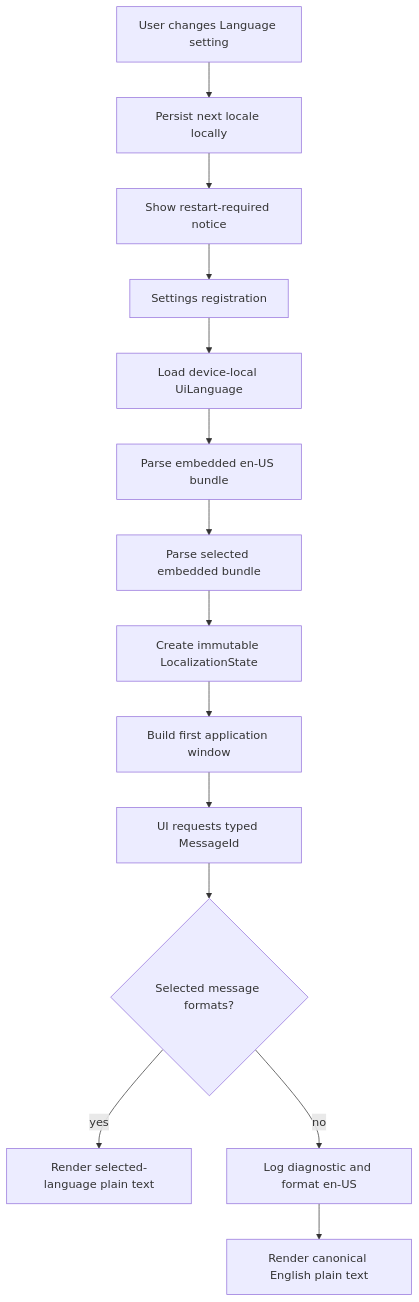
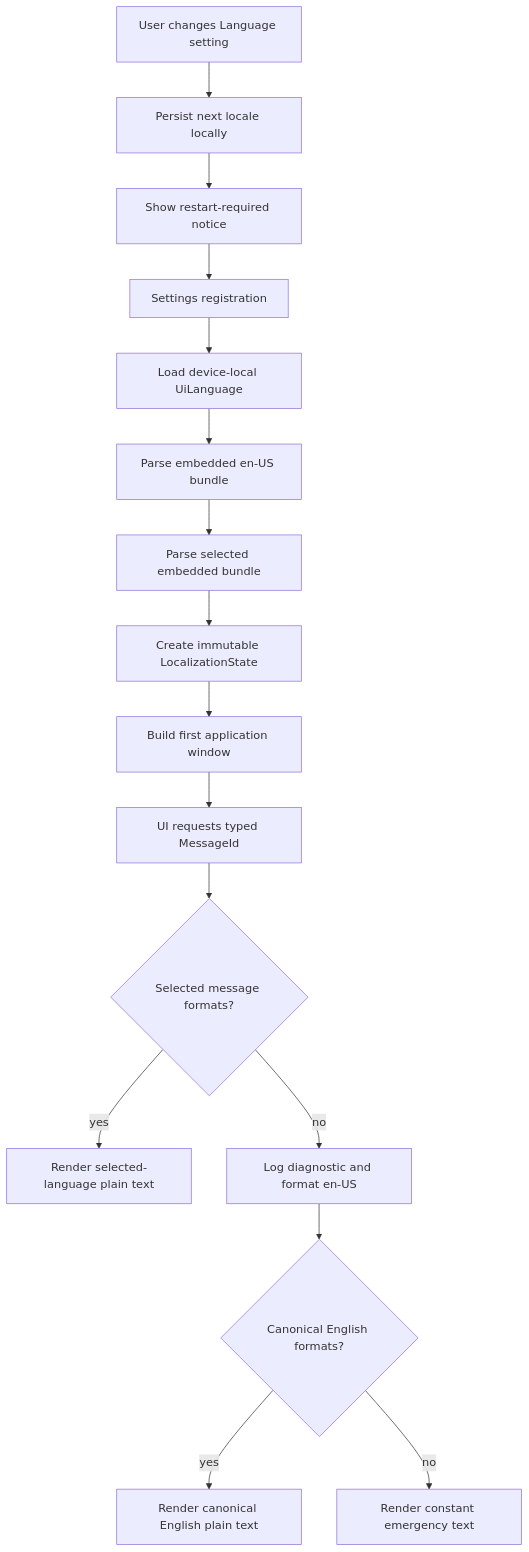
One commit to warpdotdev/warp changed the diagram in specs/GH10928/tech.md. Above: the diagram before and after it, drawn with Mermaid. The commit also changed other lines of this file, not shown here.

````diff
--- a/specs/GH10928/tech.md
+++ b/specs/GH10928/tech.md
@@ -351,16 +363,18 @@
 ```mermaid
 flowchart TD
     A["Settings registration"] --> B["Load device-local UiLanguage"]
     B --> C["Parse embedded en-US bundle"]
     C --> D["Parse selected embedded bundle"]
     D --> E["Create immutable LocalizationState"]
     E --> F["Build first application window"]
     F --> G["UI requests typed MessageId"]
     G --> H{"Selected message formats?"}
     H -- "yes" --> I["Render selected-language plain text"]
     H -- "no" --> J["Log diagnostic and format en-US"]
-    J --> K["Render canonical English plain text"]
+    J --> K{"Canonical English formats?"}
+    K -- "yes" --> O["Render canonical English plain text"]
+    K -- "no" --> P["Render constant emergency text"]
     L["User changes Language setting"] --> M["Persist next locale locally"]
     M --> N["Show restart-required notice"]
     N --> A
 ```
````
